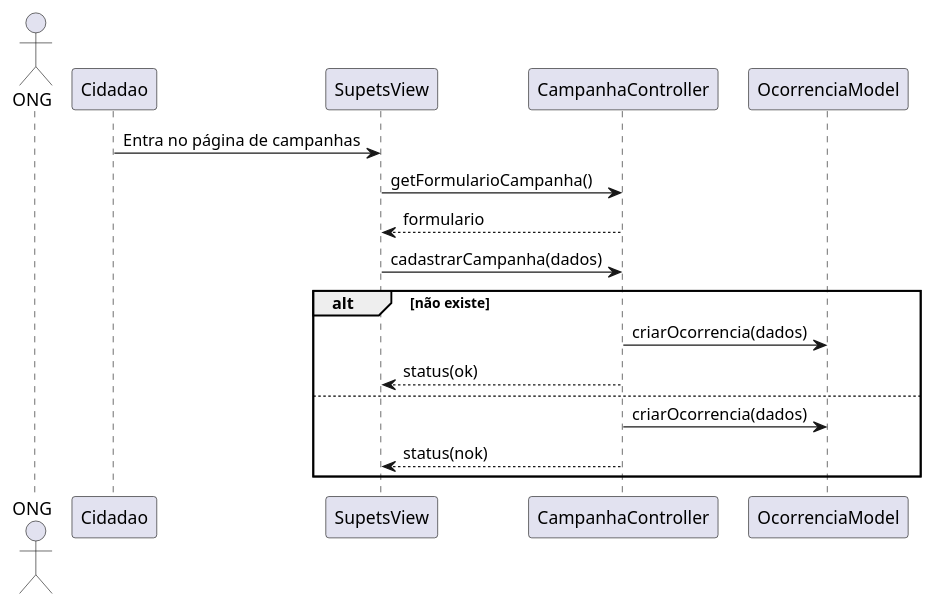
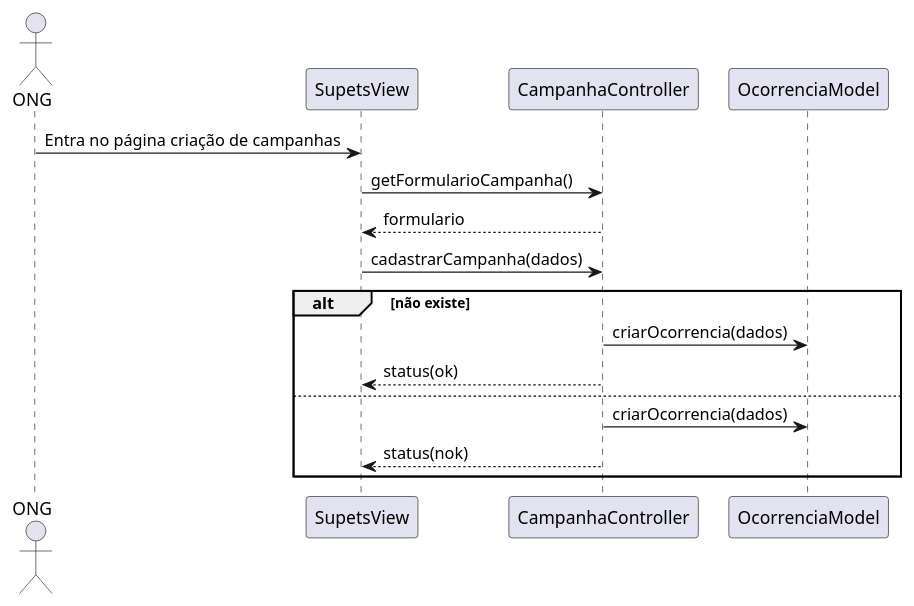
One commit to CarlosDinizz/proj-lab-eng-software changed the second of 2 diagrams in modelagem/diagrama_sequencia.md. Above: the diagram before and after it, drawn with PlantUML.

````diff
--- a/modelagem/diagrama_sequencia.md
+++ b/modelagem/diagrama_sequencia.md
@@ -28,22 +28,20 @@
 ```plantuml
 @startuml
 skinparam Shadowing false
 
 actor ONG 
 
-Cidadao -> SupetsView: Entra no página de campanhas
+ONG -> SupetsView: Entra no página criação de campanhas
 SupetsView -> CampanhaController: getFormularioCampanha()
 CampanhaController --> SupetsView: formulario
 SupetsView -> CampanhaController: cadastrarCampanha(dados)
 
 alt não existe
 CampanhaController -> OcorrenciaModel: criarOcorrencia(dados)
 CampanhaController --> SupetsView: status(ok)
 else
 CampanhaController -> OcorrenciaModel: criarOcorrencia(dados)
 CampanhaController --> SupetsView: status(nok)
 end
 @enduml
-
-
 ```
````
